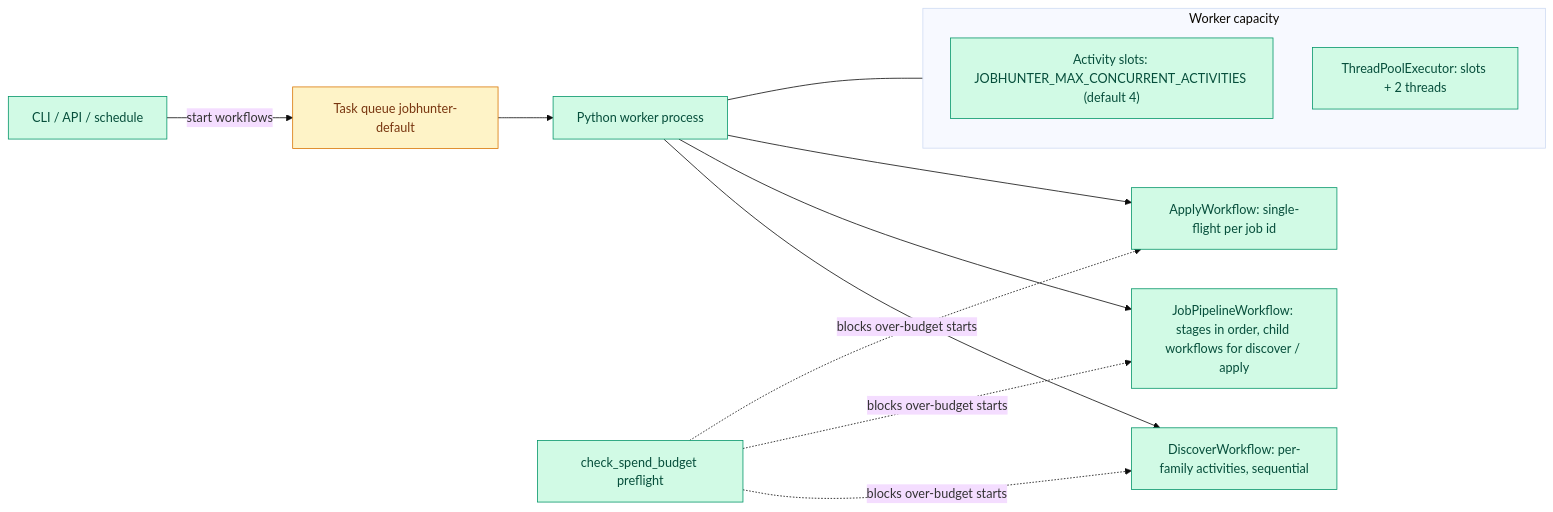
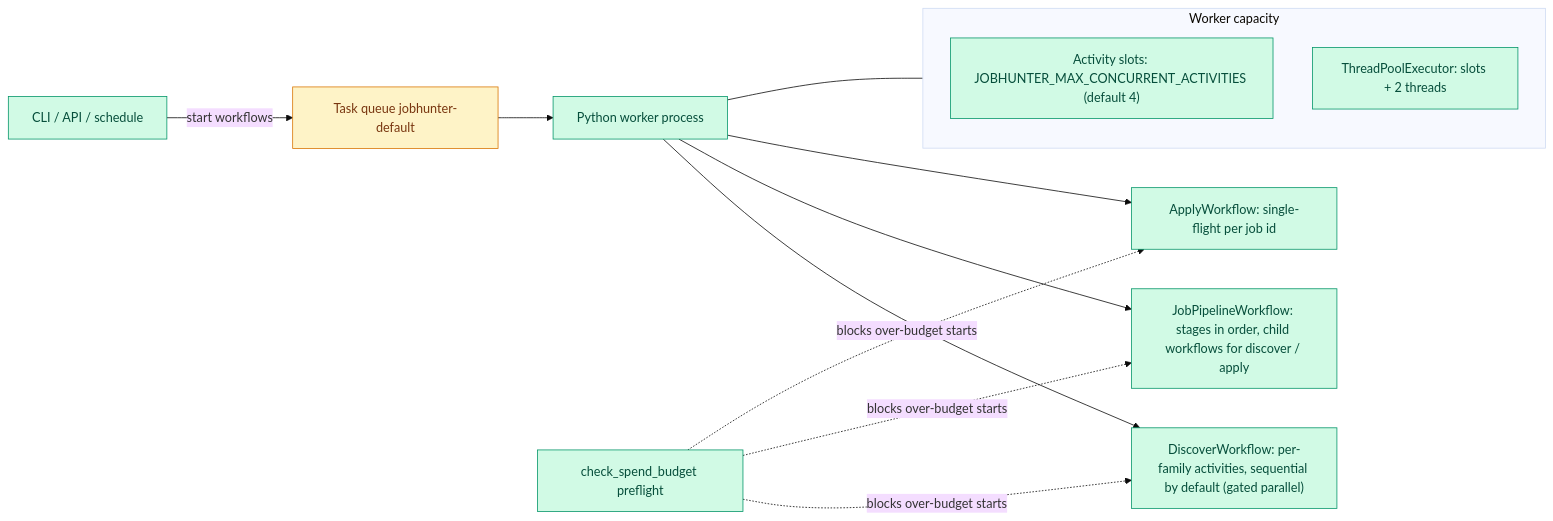
One commit to ebarti/JobCtrl changed the diagram in docs/architecture/pipeline/concurrency.md. Above: the diagram before and after it, drawn with Mermaid (base theme). The commit also changed other lines of this file and 9 other files, not shown here.

First line of the commit message:
feat(discovery): [R9] gated parallel source families (Phase 3) (#311)

````diff
--- a/docs/architecture/pipeline/concurrency.md
+++ b/docs/architecture/pipeline/concurrency.md
@@ -11,19 +11,19 @@
 ```mermaid
 flowchart LR
     CLI["CLI / API / schedule"] -->|start workflows| TQ["Task queue jobhunter-default"]
     TQ --> W["Python worker process"]
     subgraph W2["Worker capacity"]
         SLOTS["Activity slots: JOBHUNTER_MAX_CONCURRENT_ACTIVITIES (default 4)"]
         EXEC["ThreadPoolExecutor: slots + 2 threads"]
     end
     W --- W2
-    W --> D["DiscoverWorkflow: per-family activities, sequential"]
+    W --> D["DiscoverWorkflow: per-family activities, sequential by default (gated parallel)"]
     W --> P["JobPipelineWorkflow: stages in order, child workflows for discover / apply"]
     W --> A["ApplyWorkflow: single-flight per job id"]
     BUDGET["check_spend_budget preflight"] -.->|blocks over-budget starts| D & P & A
 
     classDef py fill:#d1fae5,stroke:#059669,color:#064e3b
     classDef infra fill:#fef3c7,stroke:#d97706,color:#78350f
     class CLI,W,SLOTS,EXEC,D,P,A,BUDGET py
     class TQ infra
 ```
````
